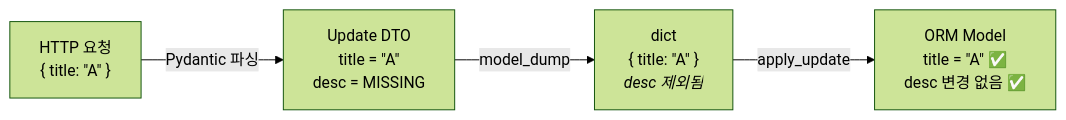
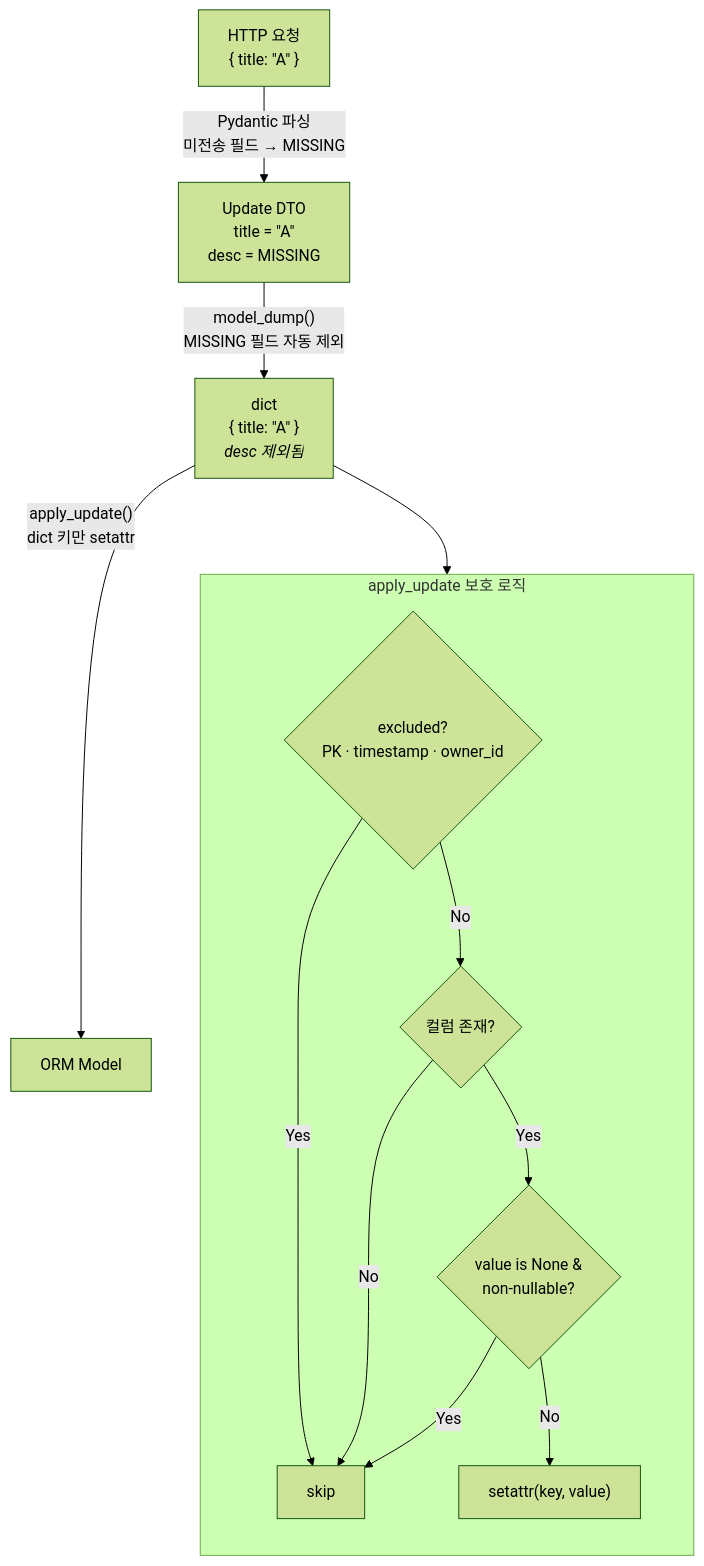
The diagram in docs/development/missing-sentinel.ko.md (onprem-hipster-timer/backend), drawn with Mermaid (forest theme) before and after one commit. The commit also changed other lines of this file and 2 other files, not shown here.

Commit message:
docs: add guide for Pydantic validators and update sidebar links

````diff
--- a/docs/development/missing-sentinel.ko.md
+++ b/docs/development/missing-sentinel.ko.md
@@ -33,6 +33,29 @@
 ```mermaid
-flowchart LR
-    A["HTTP 요청<br/>{ title: &quot;A&quot; }"] -->|Pydantic 파싱| B["Update DTO<br/>title = &quot;A&quot;<br/>desc = MISSING"]
-    B -->|model_dump| C["dict<br/>{ title: &quot;A&quot; }<br/><i>desc 제외됨</i>"]
-    C -->|apply_update| D["ORM Model<br/>title = &quot;A&quot; ✅<br/>desc 변경 없음 ✅"]
+flowchart TD
+    A["HTTP 요청<br/>{ title: &quot;A&quot; }"]
+    B["Update DTO<br/>title = &quot;A&quot;<br/>desc = MISSING"]
+    C["dict<br/>{ title: &quot;A&quot; }<br/><i>desc 제외됨</i>"]
+    D["ORM Model"]
+
+    A -->|"Pydantic 파싱<br/>미전송 필드 → MISSING"| B
+    B -->|"model_dump()<br/>MISSING 필드 자동 제외"| C
+    C -->|"apply_update()<br/>dict 키만 setattr"| D
+
+    subgraph apply_update 보호 로직
+        direction TB
+        E{"excluded?<br/>PK · timestamp · owner_id"}
+        F{"컬럼 존재?"}
+        G{"value is None &<br/>non-nullable?"}
+        H["setattr(key, value)"]
+        I["skip"]
+
+        E -->|Yes| I
+        E -->|No| F
+        F -->|No| I
+        F -->|Yes| G
+        G -->|Yes| I
+        G -->|No| H
+    end
+
+    C --> E
 ```
````
